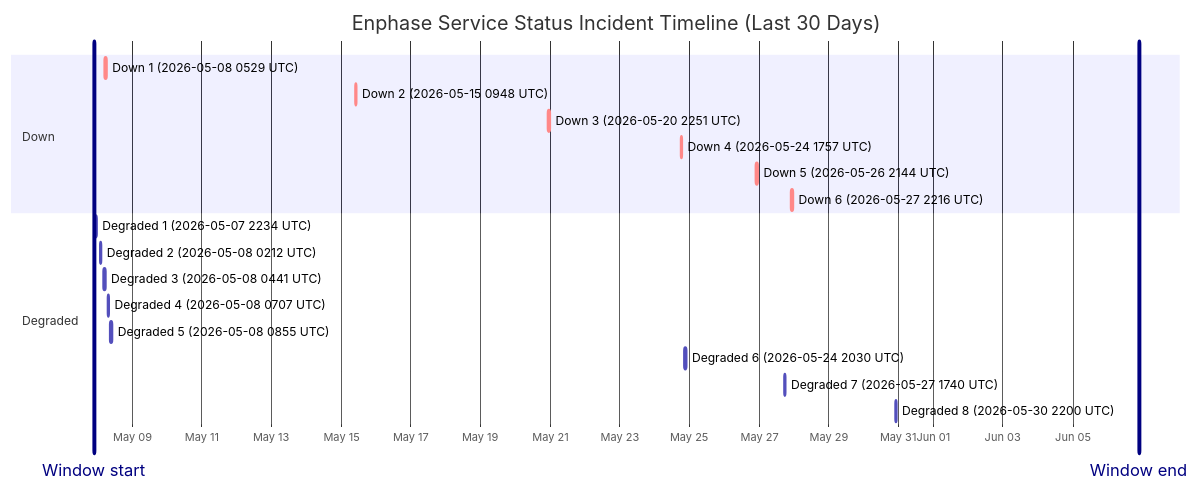
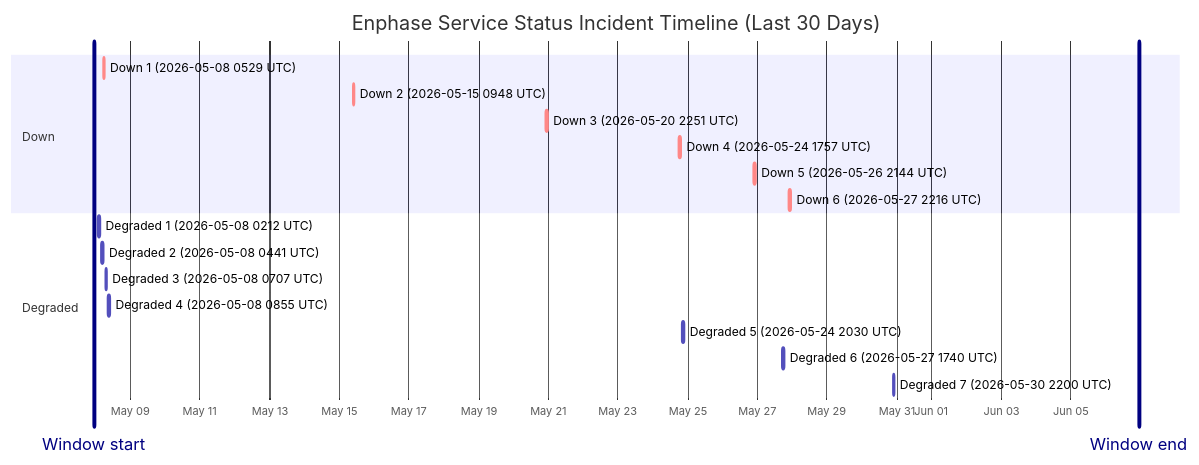
Before and after one commit to barneyonline/ha-enphase-energy: the diagram in wiki/Service-Status-History.md, drawn with Mermaid. The commit also changed other lines of this file and 3 other files, not shown here.

````diff
--- a/wiki/Service-Status-History.md
+++ b/wiki/Service-Status-History.md
@@ -14,24 +14,23 @@
 ```mermaid
 gantt
     title Enphase Service Status Incident Timeline (Last 30 Days)
     dateFormat  YYYY-MM-DDTHH:mm:ss
     axisFormat  %b %d
-    Window start :vert, window-start, 2026-05-07T21:36:43, 0ms
-    Window end :vert, window-end, 2026-06-06T21:36:43, 0ms
+    Window start :vert, window-start, 2026-05-07T23:02:25, 0ms
+    Window end :vert, window-end, 2026-06-06T23:02:25, 0ms
     section Down
     Down 1 (2026-05-08 0529 UTC) :crit, down-1, 2026-05-08T05:29:47, 60m
     Down 2 (2026-05-15 0948 UTC) :crit, down-2, 2026-05-15T09:48:18, 60m
     Down 3 (2026-05-20 2251 UTC) :crit, down-3, 2026-05-20T22:51:14, 75m
     Down 4 (2026-05-24 1757 UTC) :crit, down-4, 2026-05-24T17:57:41, 86m
     Down 5 (2026-05-26 2144 UTC) :crit, down-5, 2026-05-26T21:44:11, 85m
     Down 6 (2026-05-27 2216 UTC) :crit, down-6, 2026-05-27T22:16:53, 87m
     section Degraded
-    Degraded 1 (2026-05-07 2234 UTC) :active, degraded-1, 2026-05-07T22:34:13, 77m
-    Degraded 2 (2026-05-08 0212 UTC) :active, degraded-2, 2026-05-08T02:12:39, 60m
-    Degraded 3 (2026-05-08 0441 UTC) :active, degraded-3, 2026-05-08T04:41:46, 60m
-    Degraded 4 (2026-05-08 0707 UTC) :active, degraded-4, 2026-05-08T07:07:30, 60m
-    Degraded 5 (2026-05-08 0855 UTC) :active, degraded-5, 2026-05-08T08:55:20, 88m
-    Degraded 6 (2026-05-24 2030 UTC) :active, degraded-6, 2026-05-24T20:30:57, 84m
-    Degraded 7 (2026-05-27 1740 UTC) :active, degraded-7, 2026-05-27T17:40:52, 60m
-    Degraded 8 (2026-05-30 2200 UTC) :active, degraded-8, 2026-05-30T22:00:37, 60m
+    Degraded 1 (2026-05-08 0212 UTC) :active, degraded-1, 2026-05-08T02:12:39, 60m
+    Degraded 2 (2026-05-08 0441 UTC) :active, degraded-2, 2026-05-08T04:41:46, 60m
+    Degraded 3 (2026-05-08 0707 UTC) :active, degraded-3, 2026-05-08T07:07:30, 60m
+    Degraded 4 (2026-05-08 0855 UTC) :active, degraded-4, 2026-05-08T08:55:20, 88m
+    Degraded 5 (2026-05-24 2030 UTC) :active, degraded-5, 2026-05-24T20:30:57, 84m
+    Degraded 6 (2026-05-27 1740 UTC) :active, degraded-6, 2026-05-27T17:40:52, 60m
+    Degraded 7 (2026-05-30 2200 UTC) :active, degraded-7, 2026-05-30T22:00:37, 60m
 ```
````
